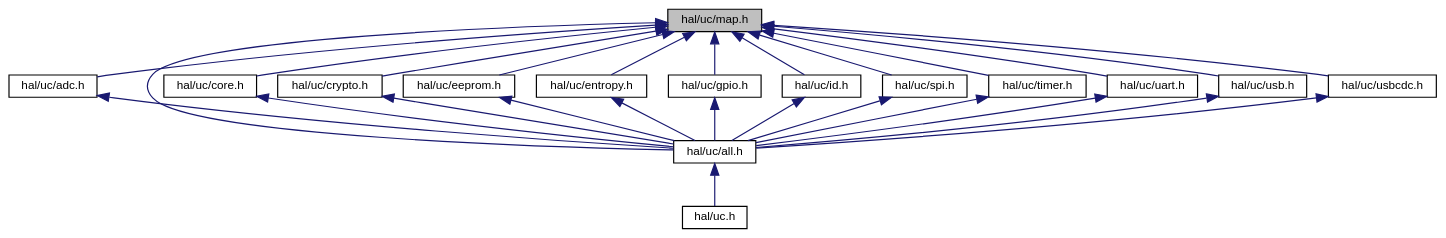
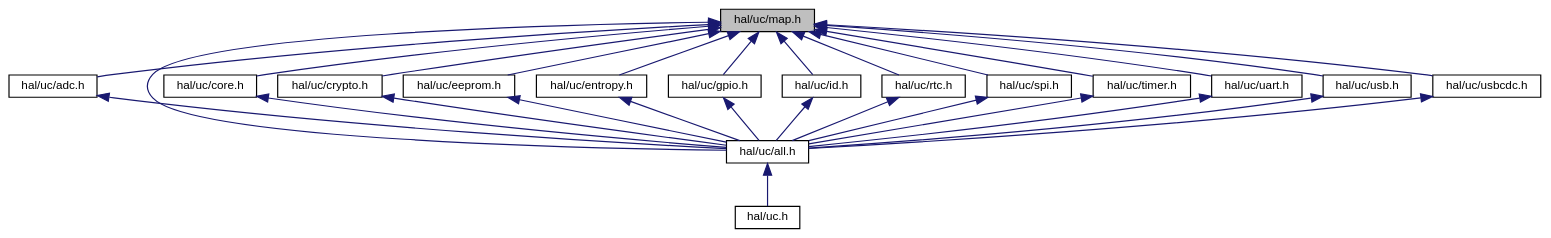
The diagram in map_8h__dep__incl.dot (ebs-universe/piolib-hal-uc), drawn with Graphviz before and after one commit. The commit also changed 152 other files, not shown here.

```diff
--- a/map_8h__dep__incl.dot
+++ b/map_8h__dep__incl.dot
@@ -1,49 +1,52 @@
 digraph "hal/uc/map.h"
 {
  // INTERACTIVE_SVG=YES
  // LATEX_PDF_SIZE
   bgcolor="transparent";
   edge [fontname="Helvetica",fontsize="10",labelfontname="Helvetica",labelfontsize="10"];
   node [fontname="Helvetica",fontsize="10",shape=record];
   Node1 [label="hal/uc/map.h",height=0.2,width=0.4,color="black", fillcolor="grey75", style="filled", fontcolor="black",tooltip="HAL for uC Peripheral Map."];
   Node1 -> Node2 [dir="back",color="midnightblue",fontsize="10",style="solid",fontname="Helvetica"];
   Node2 [label="hal/uc/adc.h",height=0.2,width=0.4,color="black",URL="$adc_8h.html",tooltip="HAL for uC Internal ADC interfaces."];
   Node2 -> Node3 [dir="back",color="midnightblue",fontsize="10",style="solid",fontname="Helvetica"];
   Node3 [label="hal/uc/all.h",height=0.2,width=0.4,color="black",URL="$uc_2all_8h_source.html",tooltip=" "];
   Node3 -> Node4 [dir="back",color="midnightblue",fontsize="10",style="solid",fontname="Helvetica"];
   Node4 [label="hal/uc.h",height=0.2,width=0.4,color="black",URL="$uc_8h_source.html",tooltip=" "];
   Node1 -> Node3 [dir="back",color="midnightblue",fontsize="10",style="solid",fontname="Helvetica"];
   Node1 -> Node5 [dir="back",color="midnightblue",fontsize="10",style="solid",fontname="Helvetica"];
   Node5 [label="hal/uc/core.h",height=0.2,width=0.4,color="black",URL="$core_8h.html",tooltip="HAL for uC Core peripherals."];
   Node5 -> Node3 [dir="back",color="midnightblue",fontsize="10",style="solid",fontname="Helvetica"];
   Node1 -> Node6 [dir="back",color="midnightblue",fontsize="10",style="solid",fontname="Helvetica"];
   Node6 [label="hal/uc/crypto.h",height=0.2,width=0.4,color="black",URL="$uc_2crypto_8h_source.html",tooltip=" "];
   Node6 -> Node3 [dir="back",color="midnightblue",fontsize="10",style="solid",fontname="Helvetica"];
   Node1 -> Node7 [dir="back",color="midnightblue",fontsize="10",style="solid",fontname="Helvetica"];
   Node7 [label="hal/uc/eeprom.h",height=0.2,width=0.4,color="black",URL="$eeprom_8h.html",tooltip="HAL for uC EEPROM peripherals."];
   Node7 -> Node3 [dir="back",color="midnightblue",fontsize="10",style="solid",fontname="Helvetica"];
   Node1 -> Node8 [dir="back",color="midnightblue",fontsize="10",style="solid",fontname="Helvetica"];
   Node8 [label="hal/uc/entropy.h",height=0.2,width=0.4,color="black",URL="$entropy_8h.html",tooltip="HAL for uC entropy source."];
   Node8 -> Node3 [dir="back",color="midnightblue",fontsize="10",style="solid",fontname="Helvetica"];
   Node1 -> Node9 [dir="back",color="midnightblue",fontsize="10",style="solid",fontname="Helvetica"];
   Node9 [label="hal/uc/gpio.h",height=0.2,width=0.4,color="black",URL="$gpio_8h.html",tooltip="HAL for uC GPIOs."];
   Node9 -> Node3 [dir="back",color="midnightblue",fontsize="10",style="solid",fontname="Helvetica"];
   Node1 -> Node10 [dir="back",color="midnightblue",fontsize="10",style="solid",fontname="Helvetica"];
   Node10 [label="hal/uc/id.h",height=0.2,width=0.4,color="black",URL="$id_8h.html",tooltip="HAL for uC ID."];
   Node10 -> Node3 [dir="back",color="midnightblue",fontsize="10",style="solid",fontname="Helvetica"];
   Node1 -> Node11 [dir="back",color="midnightblue",fontsize="10",style="solid",fontname="Helvetica"];
-  Node11 [label="hal/uc/spi.h",height=0.2,width=0.4,color="black",URL="$spi_8h.html",tooltip="HAL for SPI interfaces."];
+  Node11 [label="hal/uc/rtc.h",height=0.2,width=0.4,color="black",URL="$uc_2rtc_8h.html",tooltip="HAL for uC RTCs."];
   Node11 -> Node3 [dir="back",color="midnightblue",fontsize="10",style="solid",fontname="Helvetica"];
   Node1 -> Node12 [dir="back",color="midnightblue",fontsize="10",style="solid",fontname="Helvetica"];
-  Node12 [label="hal/uc/timer.h",height=0.2,width=0.4,color="black",URL="$timer_8h.html",tooltip="HAL for uC Timers."];
+  Node12 [label="hal/uc/spi.h",height=0.2,width=0.4,color="black",URL="$spi_8h.html",tooltip="HAL for SPI interfaces."];
   Node12 -> Node3 [dir="back",color="midnightblue",fontsize="10",style="solid",fontname="Helvetica"];
   Node1 -> Node13 [dir="back",color="midnightblue",fontsize="10",style="solid",fontname="Helvetica"];
-  Node13 [label="hal/uc/uart.h",height=0.2,width=0.4,color="black",URL="$uart_8h_source.html",tooltip=" "];
+  Node13 [label="hal/uc/timer.h",height=0.2,width=0.4,color="black",URL="$timer_8h.html",tooltip="HAL for uC Timers."];
   Node13 -> Node3 [dir="back",color="midnightblue",fontsize="10",style="solid",fontname="Helvetica"];
   Node1 -> Node14 [dir="back",color="midnightblue",fontsize="10",style="solid",fontname="Helvetica"];
-  Node14 [label="hal/uc/usb.h",height=0.2,width=0.4,color="black",URL="$usb_8h.html",tooltip="HAL for USB interface."];
+  Node14 [label="hal/uc/uart.h",height=0.2,width=0.4,color="black",URL="$uc_2uart_8h_source.html",tooltip=" "];
   Node14 -> Node3 [dir="back",color="midnightblue",fontsize="10",style="solid",fontname="Helvetica"];
   Node1 -> Node15 [dir="back",color="midnightblue",fontsize="10",style="solid",fontname="Helvetica"];
-  Node15 [label="hal/uc/usbcdc.h",height=0.2,width=0.4,color="black",URL="$usbcdc_8h.html",tooltip="HAL for USB CDC interface."];
+  Node15 [label="hal/uc/usb.h",height=0.2,width=0.4,color="black",URL="$usb_8h.html",tooltip="HAL for USB interface."];
   Node15 -> Node3 [dir="back",color="midnightblue",fontsize="10",style="solid",fontname="Helvetica"];
+  Node1 -> Node16 [dir="back",color="midnightblue",fontsize="10",style="solid",fontname="Helvetica"];
+  Node16 [label="hal/uc/usbcdc.h",height=0.2,width=0.4,color="black",URL="$usbcdc_8h.html",tooltip="HAL for USB CDC interface."];
+  Node16 -> Node3 [dir="back",color="midnightblue",fontsize="10",style="solid",fontname="Helvetica"];
 }
```
